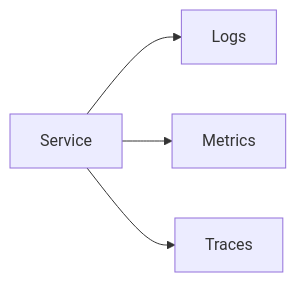
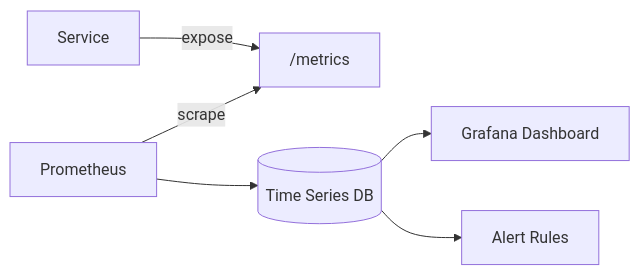
One commit to hareramcse/SystemDesign changed the fifth of 17 diagrams in 09-observability/README.md. Above: the diagram before and after it, drawn with Mermaid. The commit also changed other lines of this file and 15 other files, not shown here.

````diff
--- a/09-observability/README.md
+++ b/09-observability/README.md
@@ -35,6 +211,8 @@
 ```mermaid
 flowchart LR
-    S[Service] --> L[Logs]
-    S --> M[Metrics]
-    S --> T[Traces]
+    S[Service] -->|expose| EP["/metrics"]
+    P[Prometheus] -->|scrape| EP
+    P --> TSDB[(Time Series DB)]
+    TSDB --> G[Grafana Dashboard]
+    TSDB --> R[Alert Rules]
 ```
````
